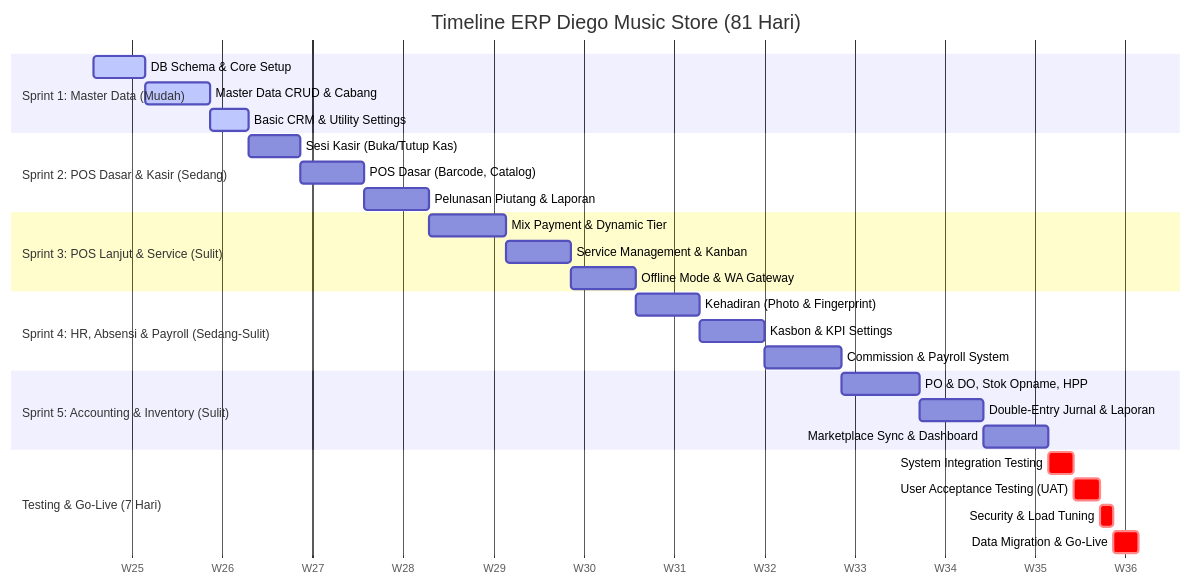
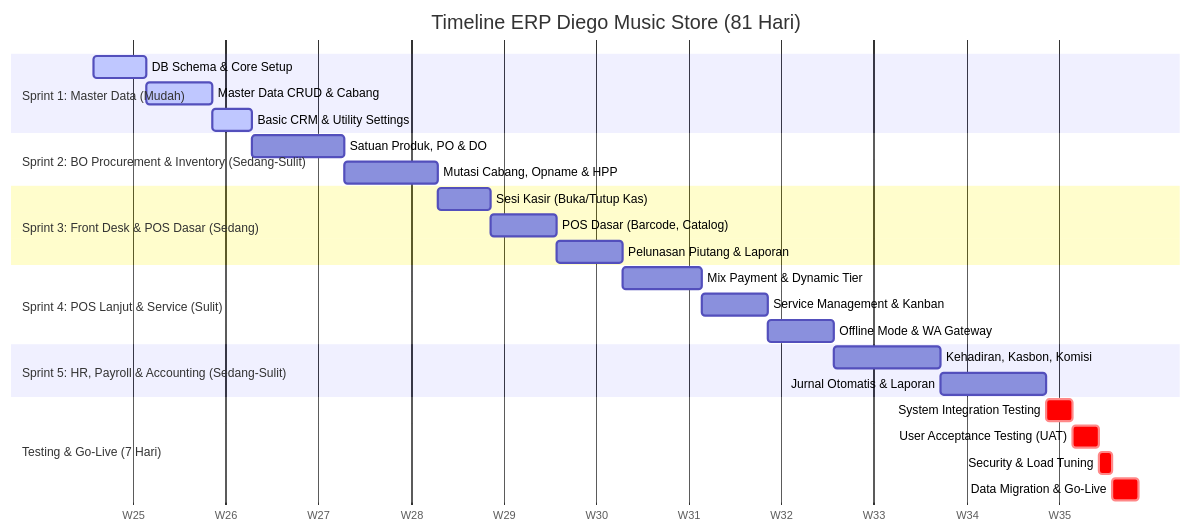
Before and after one commit to RansomBroker/diego-music-store: the diagram in timeline_pengerjaan.md, drawn with Mermaid. The commit also changed other lines of this file and 40 other files, not shown here.

Commit message:
feat: implement product units system including migrations, models, resource management, and association with products

````diff
--- a/timeline_pengerjaan.md
+++ b/timeline_pengerjaan.md
@@ -18,37 +18,35 @@
 ```mermaid
 gantt
     title Timeline ERP Diego Music Store (81 Hari)
     dateFormat  YYYY-MM-DD
     axisFormat  W%W
     
     section Sprint 1: Master Data (Mudah)
     DB Schema & Core Setup       :active, sp1_1, 2026-06-25, 4d
     Master Data CRUD & Cabang    :active, sp1_2, after sp1_1, 5d
     Basic CRM & Utility Settings :active, sp1_3, after sp1_2, 3d
     
-    section Sprint 2: POS Dasar & Kasir (Sedang)
-    Sesi Kasir (Buka/Tutup Kas)  :sp2_1, after sp1_3, 4d
-    POS Dasar (Barcode, Catalog) :sp2_2, after sp2_1, 5d
-    Pelunasan Piutang & Laporan  :sp2_3, after sp2_2, 5d
+    section Sprint 2: BO Procurement & Inventory (Sedang-Sulit)
+    Satuan Produk, PO & DO       :sp2_1, after sp1_3, 7d
+    Mutasi Cabang, Opname & HPP  :sp2_2, after sp2_1, 7d
     
-    section Sprint 3: POS Lanjut & Service (Sulit)
-    Mix Payment & Dynamic Tier   :sp3_1, after sp2_3, 6d
-    Service Management & Kanban  :sp3_2, after sp3_1, 5d
-    Offline Mode & WA Gateway    :sp3_3, after sp3_2, 5d
+    section Sprint 3: Front Desk & POS Dasar (Sedang)
+    Sesi Kasir (Buka/Tutup Kas)  :sp3_1, after sp2_2, 4d
+    POS Dasar (Barcode, Catalog) :sp3_2, after sp3_1, 5d
+    Pelunasan Piutang & Laporan  :sp3_3, after sp3_2, 5d
     
-    section Sprint 4: HR, Absensi & Payroll (Sedang-Sulit)
-    Kehadiran (Photo & Fingerprint):sp4_1, after sp3_3, 5d
-    Kasbon & KPI Settings        :sp4_2, after sp4_1, 5d
-    Commission & Payroll System  :sp4_3, after sp4_2, 6d
+    section Sprint 4: POS Lanjut & Service (Sulit)
+    Mix Payment & Dynamic Tier   :sp4_1, after sp3_3, 6d
+    Service Management & Kanban  :sp4_2, after sp4_1, 5d
+    Offline Mode & WA Gateway    :sp4_3, after sp4_2, 5d
     
-    section Sprint 5: Accounting & Inventory (Sulit)
-    PO & DO, Stok Opname, HPP    :sp5_1, after sp4_3, 6d
-    Double-Entry Jurnal & Laporan:sp5_2, after sp5_1, 5d
-    Marketplace Sync & Dashboard :sp5_3, after sp5_2, 5d
+    section Sprint 5: HR, Payroll & Accounting (Sedang-Sulit)
+    Kehadiran, Kasbon, Komisi    :sp5_1, after sp4_3, 8d
+    Jurnal Otomatis & Laporan    :sp5_2, after sp5_1, 8d
     
     section Testing & Go-Live (7 Hari)
-    System Integration Testing   :crit, test_1, after sp5_3, 2d
+    System Integration Testing   :crit, test_1, after sp5_2, 2d
     User Acceptance Testing (UAT):crit, test_2, after test_1, 2d
     Security & Load Tuning       :crit, test_3, after test_2, 1d
     Data Migration & Go-Live     :crit, test_4, after test_3, 2d
 ```
````
